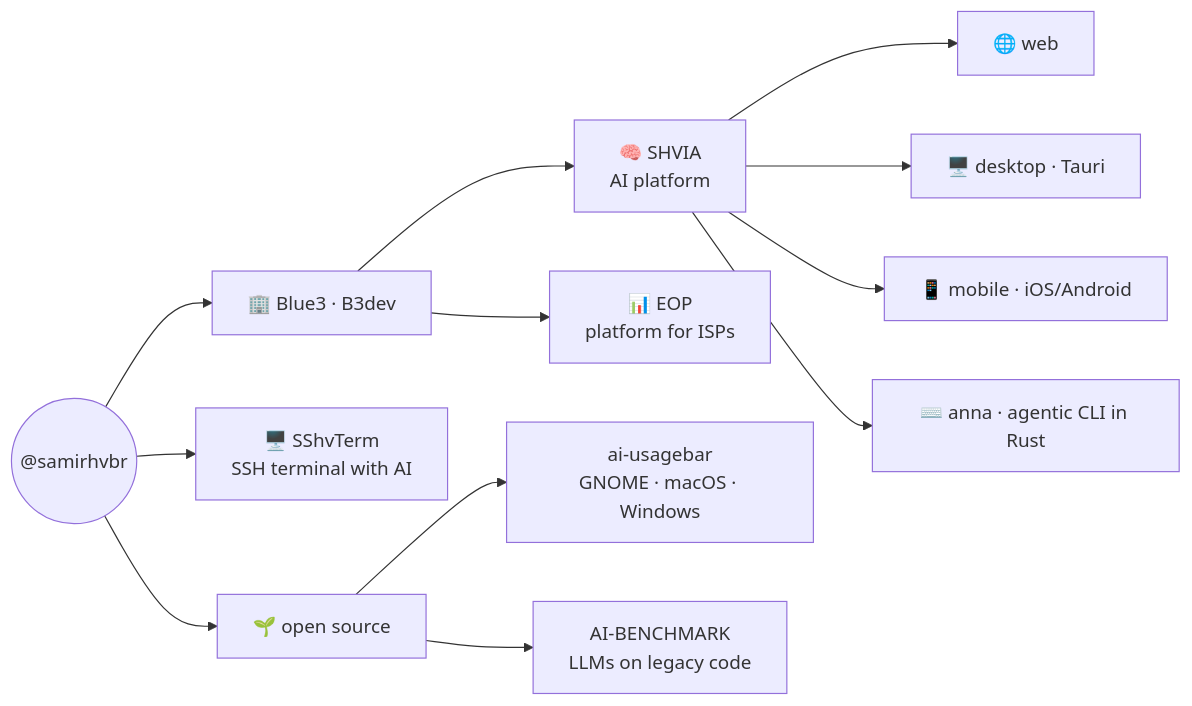
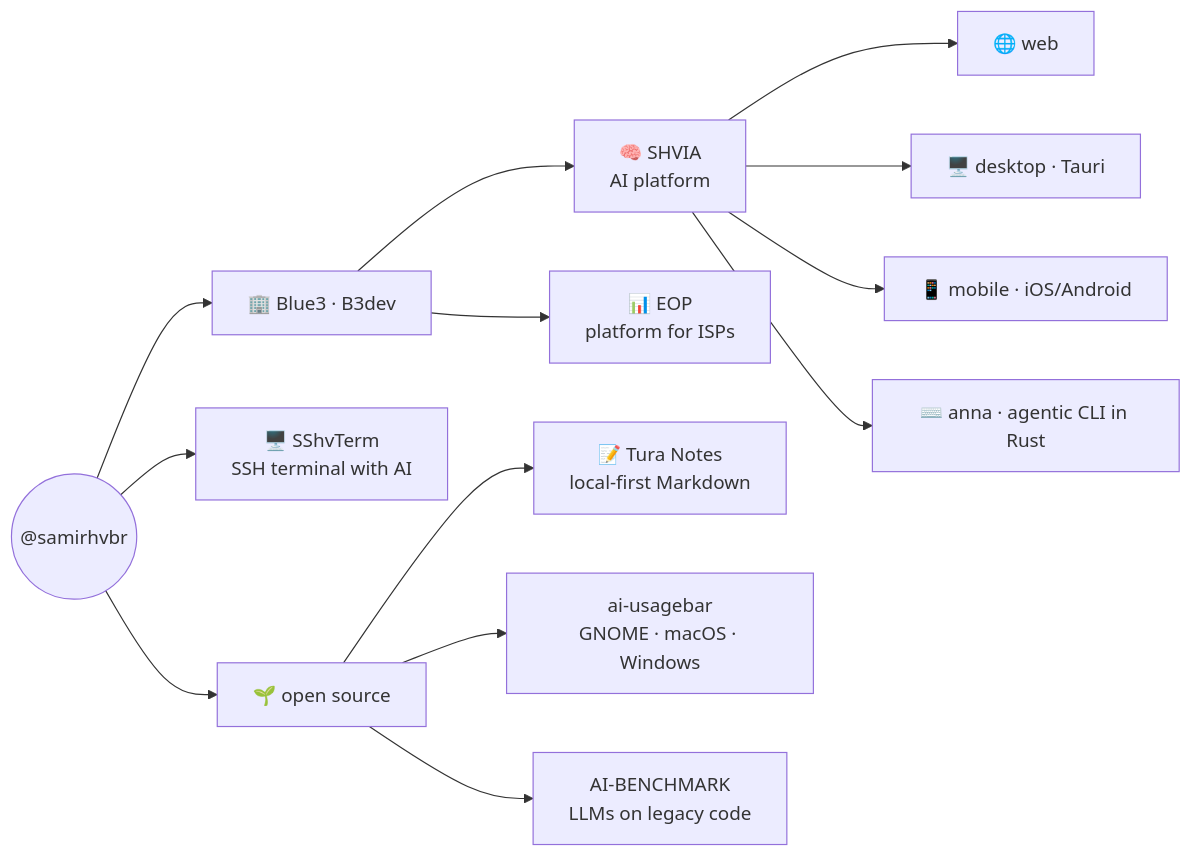
One commit to samirhvbr/samirhvbr changed the diagram in README.md. Above: the diagram before and after it, drawn with Mermaid. The commit also changed other lines of this file and 1 other file, not shown here.

Commit message:
1.0.11 - Tura Notes enters the profile
The profile listed four products and five open-source entries and named Tura
Notes in neither, so the one application here that a stranger can download,
install and read the source of was the one the page did not mention.

It goes in `~/products/` rather than in `~/open-source/`: that list is forks and
contributions upstream, and this is an original MIT application with its own
download page. The row links both the repository and samirhv.com.br/p/tura-notes,
which is where the signed macOS build is served. The ecosystem graph gains the
matching node under the open-source branch.

````diff
--- a/README.md
+++ b/README.md
@@ -29,14 +29,15 @@
 ```mermaid
 graph LR
     ME(("@samirhvbr")) --> B["🏢 Blue3 · B3dev"]
     ME --> T["🖥️ SShvTerm<br/>SSH terminal with AI"]
     ME --> OSS["🌱 open source"]
+    OSS --> TN["📝 Tura Notes<br/>local-first Markdown"]
     B --> S["🧠 SHVIA<br/>AI platform"]
     B --> E["📊 EOP<br/>platform for ISPs"]
     S --> W["🌐 web"]
     S --> D["🖥️ desktop · Tauri"]
     S --> M["📱 mobile · iOS/Android"]
     S --> A["⌨️ anna · agentic CLI in Rust"]
     OSS --> U["ai-usagebar<br/>GNOME · macOS · Windows"]
     OSS --> LEB["AI-BENCHMARK<br/>LLMs on legacy code"]
 ```
````
